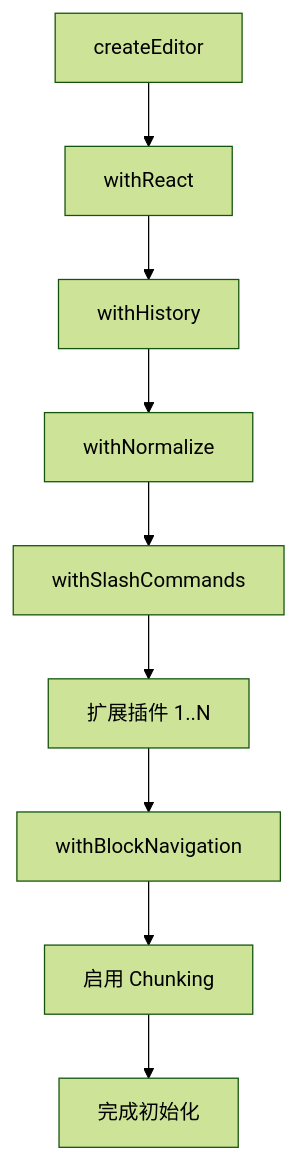
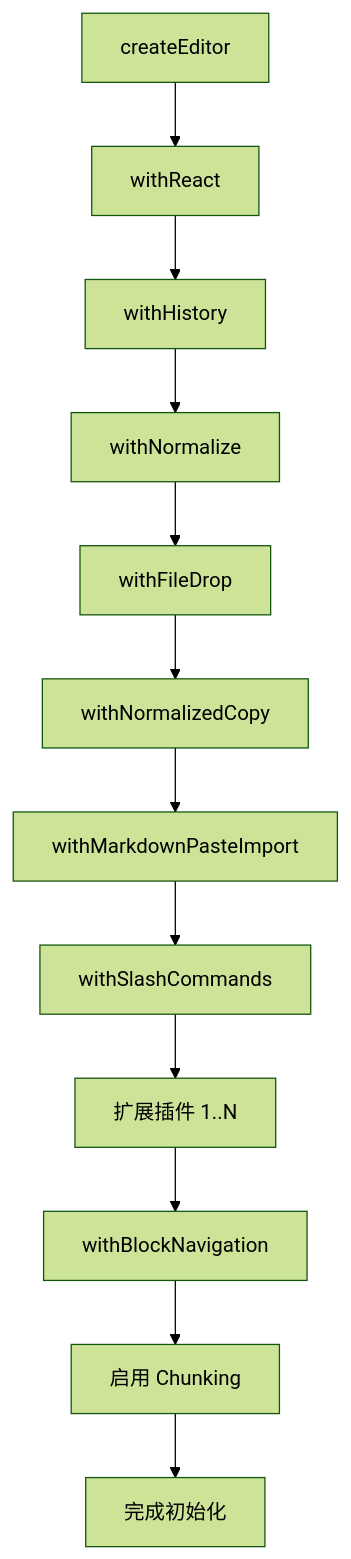
One commit to LastKnightCoder/editor changed the first of 2 diagrams in docs/editor/02-核心架构.md. Above: the diagram before and after it, drawn with Mermaid (forest theme). The commit also changed other lines of this file and 17 other files, not shown here.

````diff
--- a/docs/editor/02-核心架构.md
+++ b/docs/editor/02-核心架构.md
@@ -114,11 +117,14 @@
 ```mermaid
 graph TD
     A[createEditor] --> B[withReact]
     B --> C[withHistory]
     C --> D[withNormalize]
-    D --> E[withSlashCommands]
-    E --> F[扩展插件 1..N]
-    F --> G[withBlockNavigation]
-    G --> H[启用 Chunking]
-    H --> I[完成初始化]
+    D --> E[withFileDrop]
+    E --> F[withNormalizedCopy]
+    F --> G[withMarkdownPasteImport]
+    G --> H[withSlashCommands]
+    H --> I[扩展插件 1..N]
+    I --> J[withBlockNavigation]
+    J --> K[启用 Chunking]
+    K --> L[完成初始化]
 ```
````
